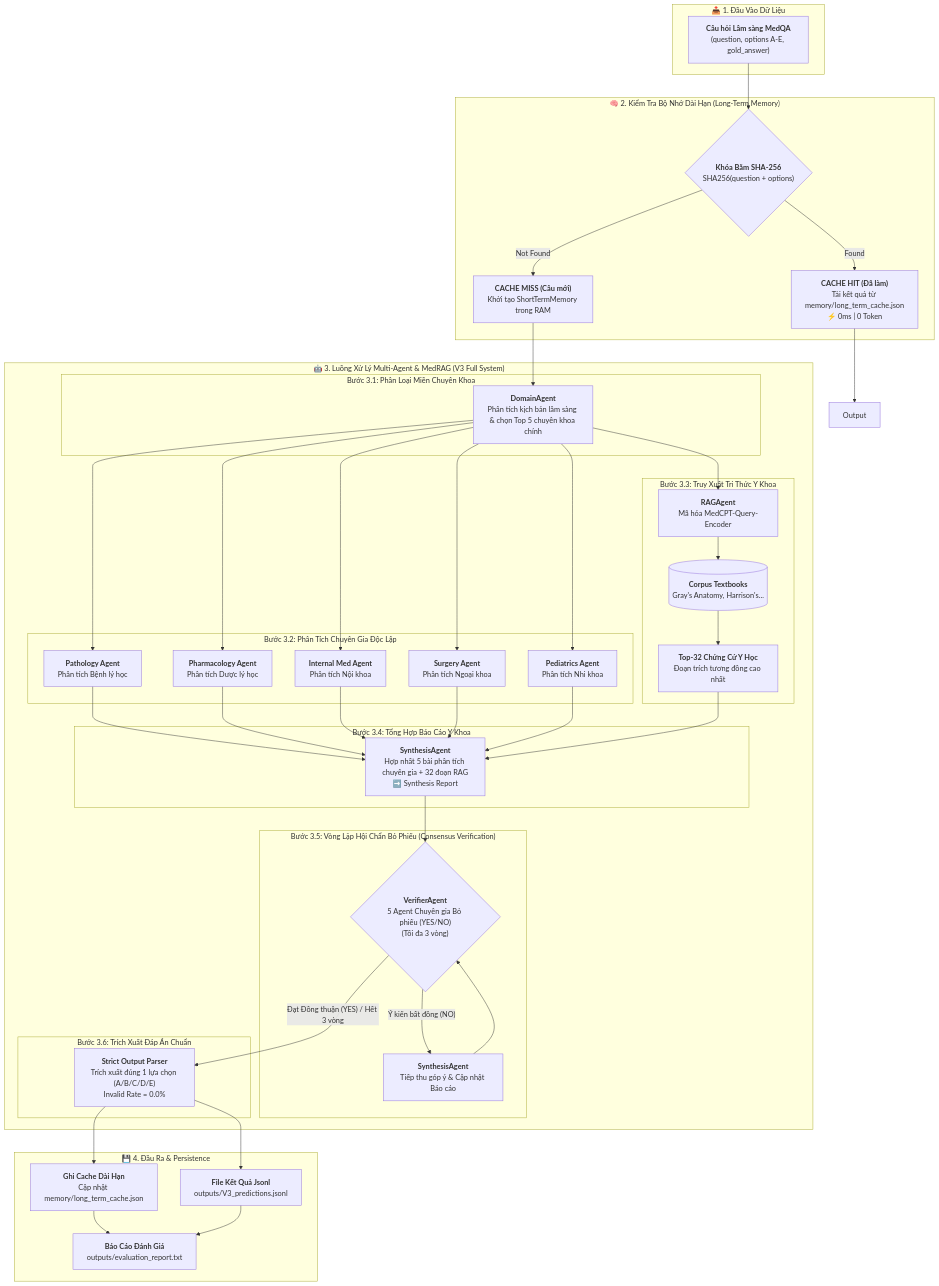
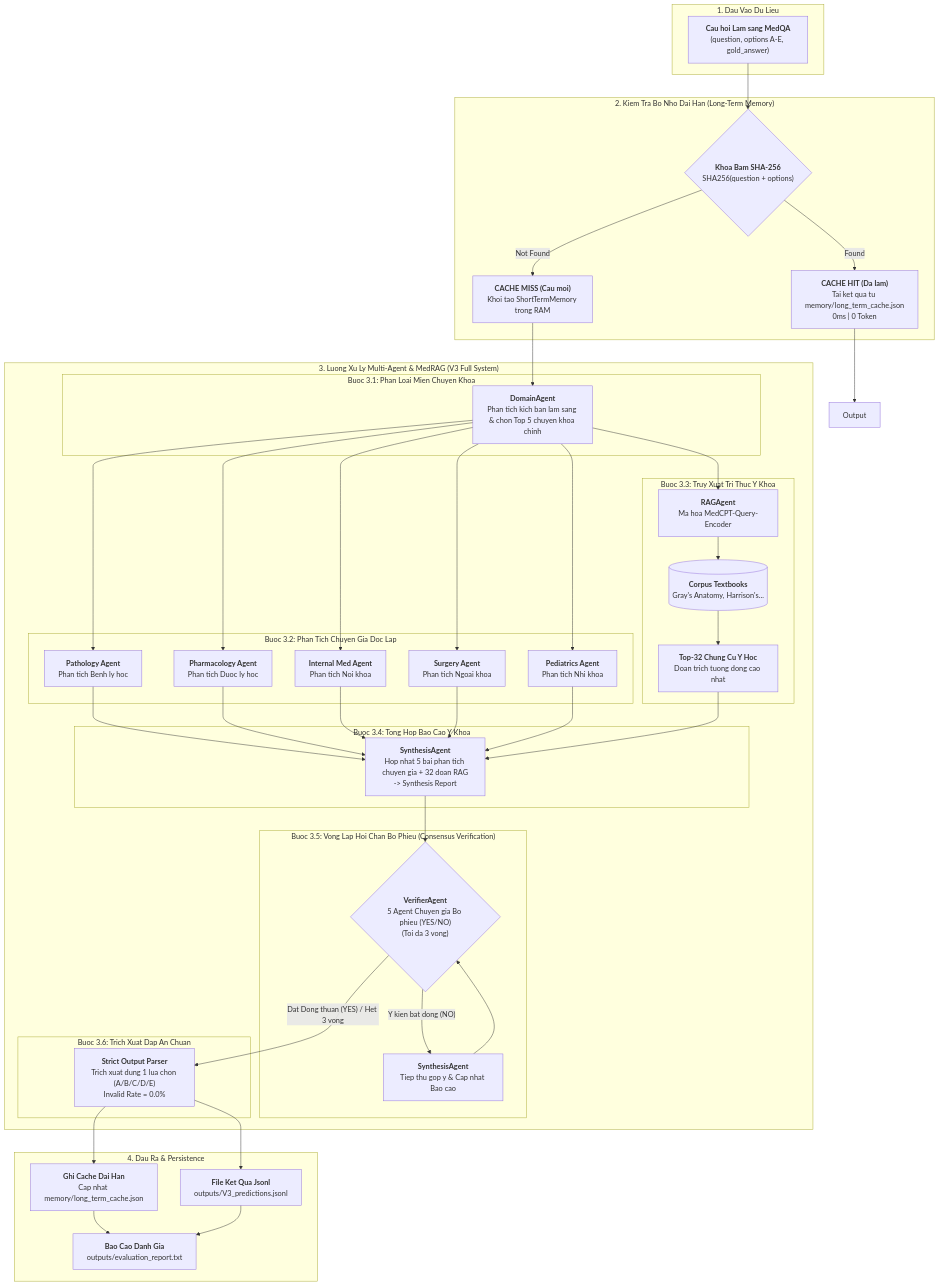
The diagram in README.md (xcentralnn/MedRAGAgents), drawn with Mermaid before and after one commit. The commit also changed other lines of this file, not shown here.

Commit message:
style: remove emojis from README and workflow diagram

````diff
--- a/README.md
+++ b/README.md
@@ -26,69 +26,69 @@
 ```mermaid
 flowchart TD
-    subgraph INPUT["📥 1. Đầu Vào Dữ Liệu"]
-        A["<b>Câu hỏi Lâm sàng MedQA</b><br/>(question, options A-E, gold_answer)"]
+    subgraph INPUT["1. Dau Vao Du Lieu"]
+        A["<b>Cau hoi Lam sang MedQA</b><br/>(question, options A-E, gold_answer)"]
     end
 
-    subgraph MEMORY_CHECK["🧠 2. Kiểm Tra Bộ Nhớ Dài Hạn (Long-Term Memory)"]
-        B{"<b>Khóa Băm SHA-256</b><br/>SHA256(question + options)"}
-        CacheHit["<b>CACHE HIT (Đã làm)</b><br/>Tải kết quả từ memory/long_term_cache.json<br/>⚡ 0ms | 0 Token"]
-        CacheMiss["<b>CACHE MISS (Câu mới)</b><br/>Khởi tạo ShortTermMemory trong RAM"]
+    subgraph MEMORY_CHECK["2. Kiem Tra Bo Nho Dai Han (Long-Term Memory)"]
+        B{"<b>Khoa Bam SHA-256</b><br/>SHA256(question + options)"}
+        CacheHit["<b>CACHE HIT (Da lam)</b><br/>Tai ket qua tu memory/long_term_cache.json<br/>0ms | 0 Token"]
+        CacheMiss["<b>CACHE MISS (Cau moi)</b><br/>Khoi tao ShortTermMemory trong RAM"]
     end
 
-    subgraph AGENT_PIPELINE["🤖 3. Luồng Xử Lý Multi-Agent & MedRAG (V3 Full System)"]
+    subgraph AGENT_PIPELINE["3. Luong Xu Ly Multi-Agent & MedRAG (V3 Full System)"]
         
-        subgraph STEP1["Bước 3.1: Phân Loại Miền Chuyên Khoa"]
-            C["<b>DomainAgent</b><br/>Phân tích kịch bản lâm sàng & chọn Top 5 chuyên khoa chính"]
+        subgraph STEP1["Buoc 3.1: Phan Loai Mien Chuyen Khoa"]
+            C["<b>DomainAgent</b><br/>Phan tich kich ban lam sang & chon Top 5 chuyen khoa chinh"]
         end
 
-        subgraph STEP2["Bước 3.2: Phân Tích Chuyên Gia Độc Lập"]
-            D1["<b>Pathology Agent</b><br/>Phân tích Bệnh lý học"]
-            D2["<b>Pharmacology Agent</b><br/>Phân tích Dược lý học"]
-            D3["<b>Internal Med Agent</b><br/>Phân tích Nội khoa"]
-            D4["<b>Surgery Agent</b><br/>Phân tích Ngoại khoa"]
-            D5["<b>Pediatrics Agent</b><br/>Phân tích Nhi khoa"]
+        subgraph STEP2["Buoc 3.2: Phan Tich Chuyen Gia Doc Lap"]
+            D1["<b>Pathology Agent</b><br/>Phan tich Benh ly hoc"]
+            D2["<b>Pharmacology Agent</b><br/>Phan tich Duoc ly hoc"]
+            D3["<b>Internal Med Agent</b><br/>Phan tich Noi khoa"]
+            D4["<b>Surgery Agent</b><br/>Phan tich Ngoai khoa"]
+            D5["<b>Pediatrics Agent</b><br/>Phan tich Nhi khoa"]
         end
 
-        subgraph STEP3["Bước 3.3: Truy Xuất Tri Thức Y Khoa"]
-            E1["<b>RAGAgent</b><br/>Mã hóa MedCPT-Query-Encoder"]
+        subgraph STEP3["Buoc 3.3: Truy Xuat Tri Thuc Y Khoa"]
+            E1["<b>RAGAgent</b><br/>Ma hoa MedCPT-Query-Encoder"]
             E2[("<b>Corpus Textbooks</b><br/>Gray's Anatomy, Harrison's...")]
-            E3["<b>Top-32 Chứng Cứ Y Học</b><br/>Đoạn trích tương đồng cao nhất"]
+            E3["<b>Top-32 Chung Cu Y Hoc</b><br/>Doan trich tuong dong cao nhat"]
         end
 
-        subgraph STEP4["Bước 3.4: Tổng Hợp Báo Cáo Y Khoa"]
-            F["<b>SynthesisAgent</b><br/>Hợp nhất 5 bài phân tích chuyên gia + 32 đoạn RAG<br/>➡️ Synthesis Report"]
+        subgraph STEP4["Buoc 3.4: Tong Hop Bao Cao Y Khoa"]
+            F["<b>SynthesisAgent</b><br/>Hop nhat 5 bai phan tich chuyen gia + 32 doan RAG<br/>-> Synthesis Report"]
         end
 
-        subgraph STEP5["Bước 3.5: Vòng Lặp Hội Chẩn Bỏ Phiếu (Consensus Verification)"]
-            G{"<b>VerifierAgent</b><br/>5 Agent Chuyên gia Bỏ phiếu (YES/NO)<br/>(Tối đa 3 vòng)"}
-            Revise["<b>SynthesisAgent</b><br/>Tiếp thu góp ý & Cập nhật Báo cáo"]
+        subgraph STEP5["Buoc 3.5: Vong Lap Hoi Chan Bo Phieu (Consensus Verification)"]
+            G{"<b>VerifierAgent</b><br/>5 Agent Chuyen gia Bo phieu (YES/NO)<br/>(Toi da 3 vong)"}
+            Revise["<b>SynthesisAgent</b><br/>Tiep thu gop y & Cap nhat Bao cao"]
         end
 
-        subgraph STEP6["Bước 3.6: Trích Xuất Đáp Án Chuẩn"]
-            H["<b>Strict Output Parser</b><br/>Trích xuất đúng 1 lựa chọn (A/B/C/D/E)<br/>Invalid Rate = 0.0%"]
+        subgraph STEP6["Buoc 3.6: Trich Xuat Dap An Chuan"]
+            H["<b>Strict Output Parser</b><br/>Trich xuat dung 1 lua chon (A/B/C/D/E)<br/>Invalid Rate = 0.0%"]
         end
     end
 
-    subgraph OUTPUT["💾 4. Đầu Ra & Persistence"]
-        I["<b>Ghi Cache Dài Hạn</b><br/>Cập nhật memory/long_term_cache.json"]
-        J["<b>File Kết Quả Jsonl</b><br/>outputs/V3_predictions.jsonl"]
-        K["<b>Báo Cáo Đánh Giá</b><br/>outputs/evaluation_report.txt"]
+    subgraph OUTPUT["4. Dau Ra & Persistence"]
+        I["<b>Ghi Cache Dai Han</b><br/>Cap nhat memory/long_term_cache.json"]
+        J["<b>File Ket Qua Jsonl</b><br/>outputs/V3_predictions.jsonl"]
+        K["<b>Bao Cao Danh Gia</b><br/>outputs/evaluation_report.txt"]
     end
 
     %% Flow connections
     A --> B
     B -- Found --> CacheHit --> Output
     B -- Not Found --> CacheMiss --> C
     
     C --> D1 & D2 & D3 & D4 & D5
     C --> E1
     E1 --> E2 --> E3
     
     D1 & D2 & D3 & D4 & D5 & E3 --> F
     F --> G
     
-    G -- "Ý kiến bất đồng (NO)" --> Revise --> G
-    G -- "Đạt Đồng thuận (YES) / Hết 3 vòng" --> H
+    G -- "Y kien bat dong (NO)" --> Revise --> G
+    G -- "Dat Dong thuan (YES) / Het 3 vong" --> H
     
     H --> I & J --> K
 ```
````
